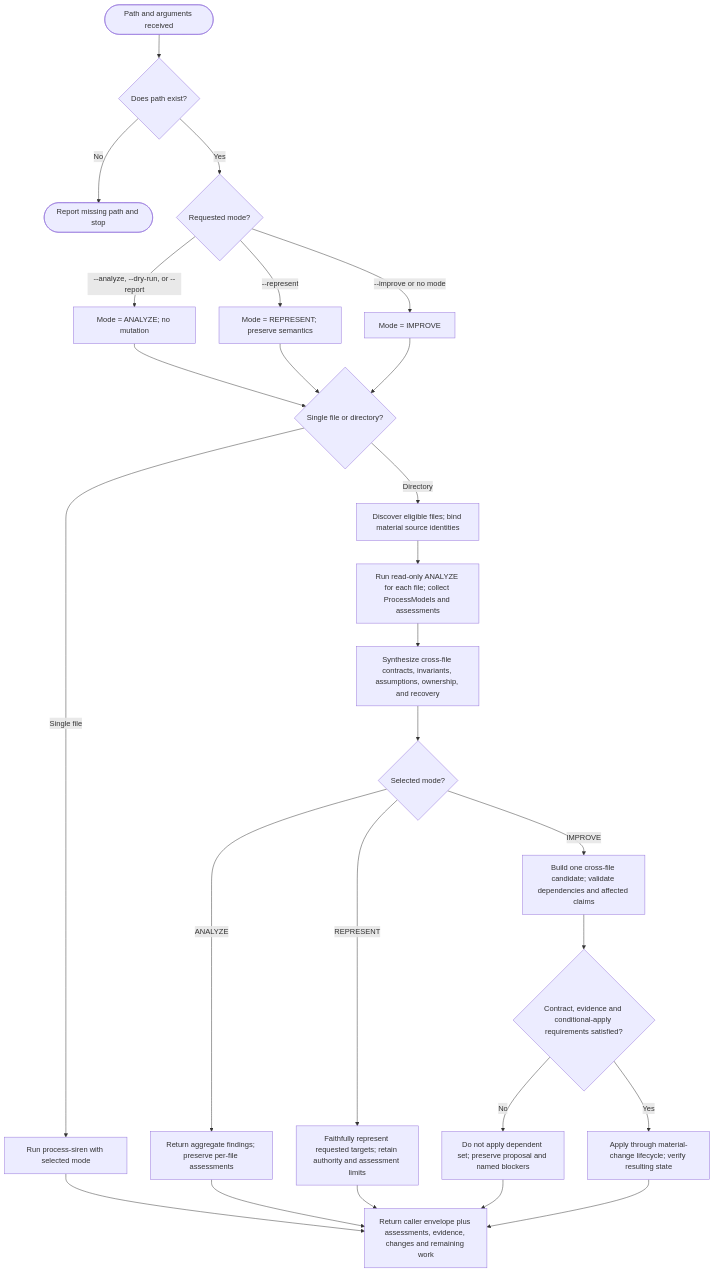
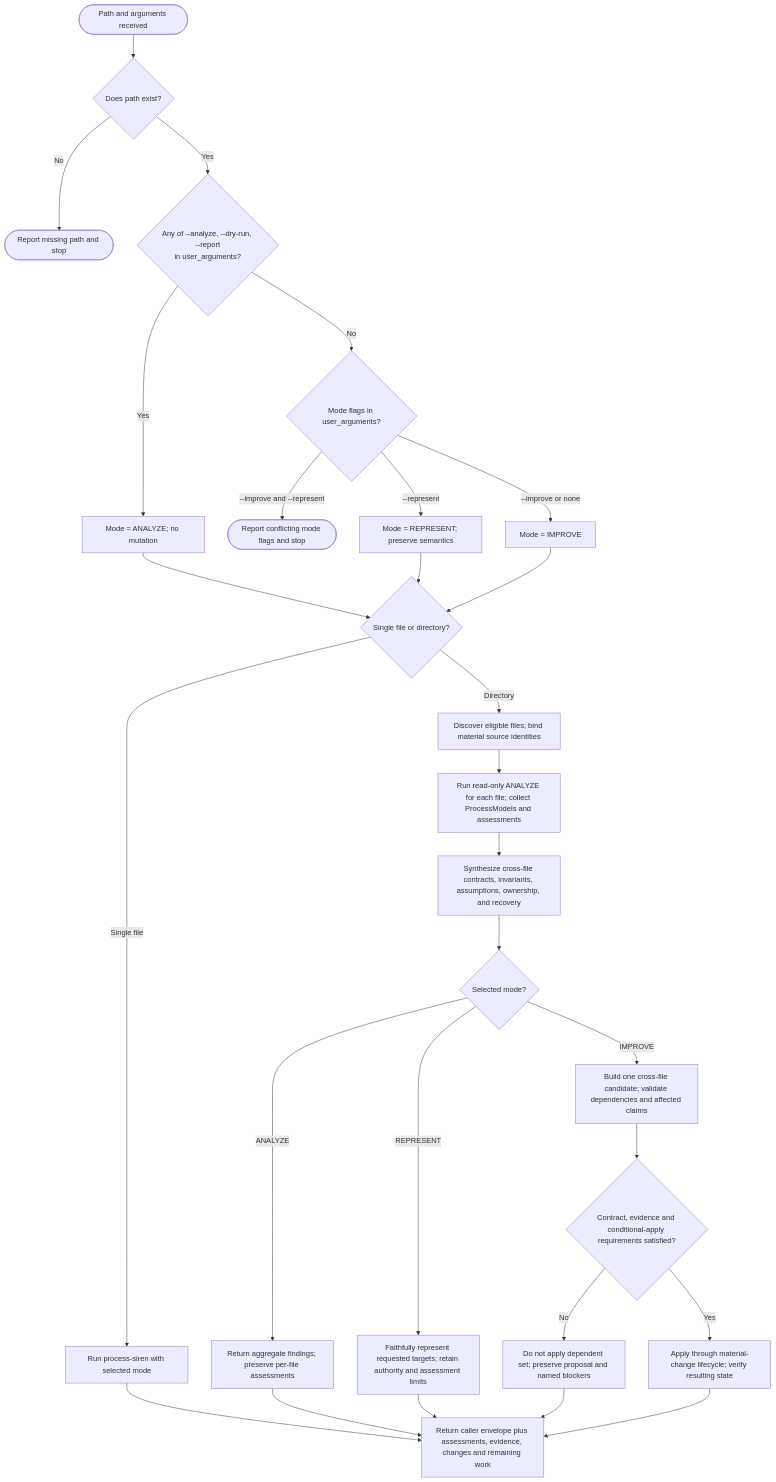
The diagram in plugins/process-siren/skills/woo-sailor/SKILL.md (Jamie-BitFlight/claude_skills), drawn with Mermaid before and after one commit. The commit also changed other lines of this file and 6 other files, not shown here.

First line of the commit message:
fix(process-siren): inherit diagram authority from its source and close review gaps

````diff
--- a/plugins/process-siren/skills/woo-sailor/SKILL.md
+++ b/plugins/process-siren/skills/woo-sailor/SKILL.md
@@ -20,28 +19,30 @@
 ```mermaid
 flowchart TD
     Start(["Path and arguments received"]) --> Exists{"Does path exist?"}
     Exists -->|"No"| Stop(["Report missing path and stop"])
-    Exists -->|"Yes"| Mode{"Requested mode?"}
-    Mode -->|"--analyze, --dry-run, or --report"| Analyze["Mode = ANALYZE; no mutation"]
+    Exists -->|"Yes"| ReadOnly{"Any of --analyze, --dry-run, --report<br>in user_arguments?"}
+    ReadOnly -->|"Yes"| Analyze["Mode = ANALYZE; no mutation"]
+    ReadOnly -->|"No"| Mode{"Mode flags in user_arguments?"}
+    Mode -->|"--improve and --represent"| Conflict(["Report conflicting mode flags and stop"])
     Mode -->|"--represent"| Represent["Mode = REPRESENT; preserve semantics"]
-    Mode -->|"--improve or no mode"| Improve["Mode = IMPROVE"]
+    Mode -->|"--improve or none"| Improve["Mode = IMPROVE"]
     Analyze --> Scope{"Single file or directory?"}
     Represent --> Scope
     Improve --> Scope
     Scope -->|"Single file"| One["Run process-siren with selected mode"]
     Scope -->|"Directory"| Discover["Discover eligible files; bind material source identities"]
     Discover --> Models["Run read-only ANALYZE for each file; collect ProcessModels and assessments"]
     Models --> Synthesize["Synthesize cross-file contracts, invariants, assumptions, ownership, and recovery"]
     Synthesize --> Route{"Selected mode?"}
     Route -->|"ANALYZE"| Aggregate["Return aggregate findings; preserve per-file assessments"]
     Route -->|"REPRESENT"| Render["Faithfully represent requested targets; retain authority and assessment limits"]
     Route -->|"IMPROVE"| Plan["Build one cross-file candidate; validate dependencies and affected claims"]
     Plan --> Safe{"Contract, evidence and conditional-apply requirements satisfied?"}
     Safe -->|"No"| Block["Do not apply dependent set; preserve proposal and named blockers"]
     Safe -->|"Yes"| Apply["Apply through material-change lifecycle; verify resulting state"]
     One --> Result["Return caller envelope plus assessments, evidence, changes and remaining work"]
     Aggregate --> Result
     Render --> Result
     Block --> Result
     Apply --> Result
 ```
````
